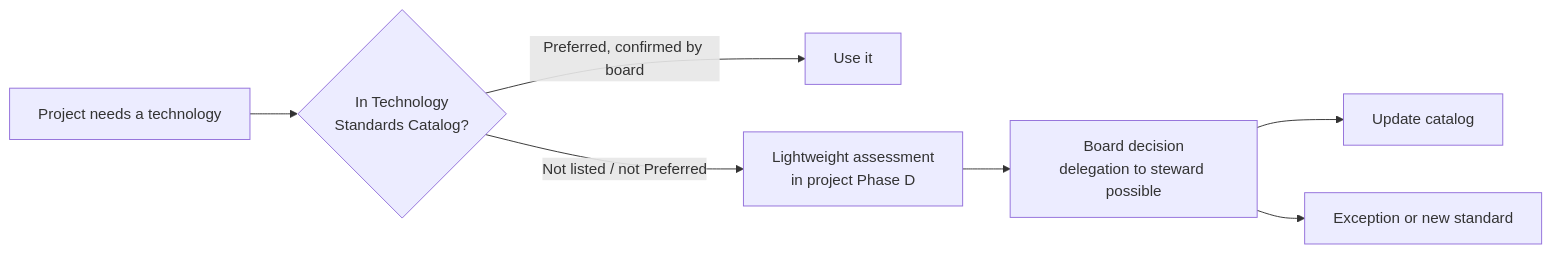
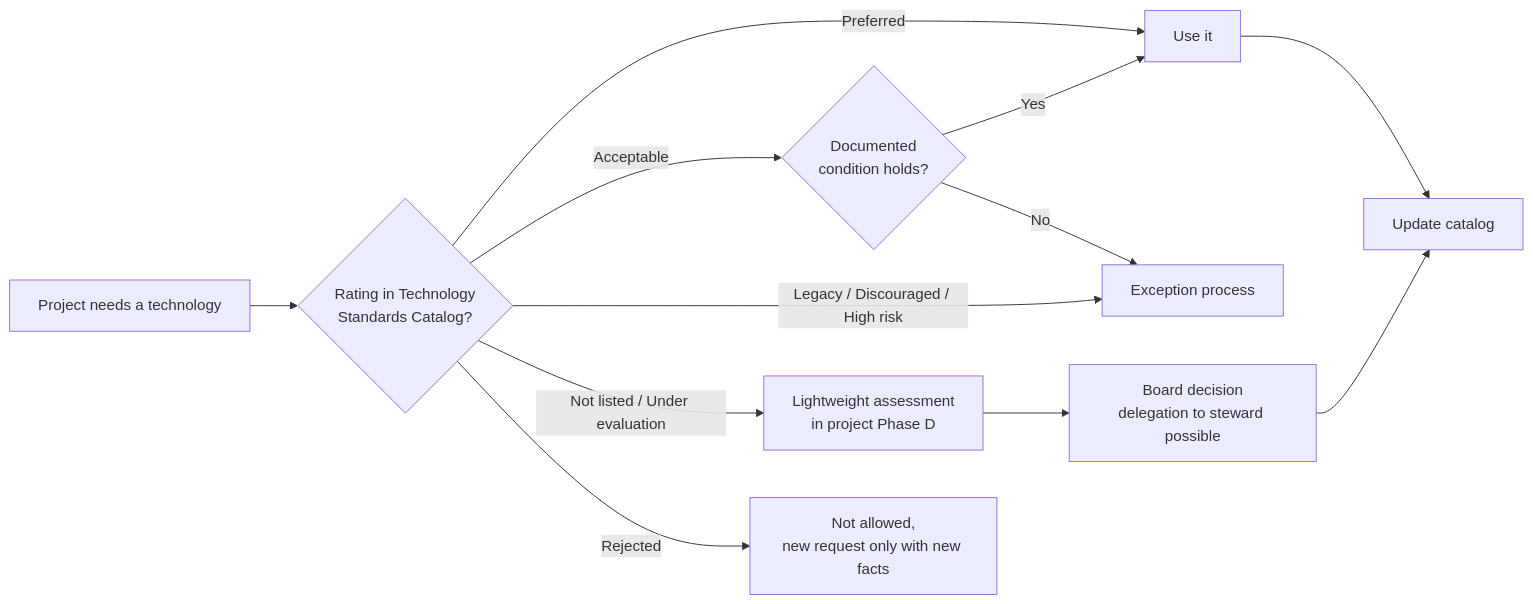
The fourth of 8 diagrams in docs/Architecture/technology-harmonization.md (Kikkirej/framework), drawn with Mermaid before and after one commit. The commit also changed other lines of this file, not shown here.

First line of the commit message:
📝 technology harmonization: review fixes for consistency and gaps

````diff
--- a/docs/Architecture/technology-harmonization.md
+++ b/docs/Architecture/technology-harmonization.md
@@ -288,9 +312,14 @@
 ```mermaid
 flowchart LR
-    A[Project needs a technology] --> B{In Technology<br/>Standards Catalog?}
-    B -->|Preferred, confirmed by board| C[Use it]
-    B -->|Not listed / not Preferred| D[Lightweight assessment<br/>in project Phase D]
+    A[Project needs a technology] --> B{Rating in Technology<br/>Standards Catalog?}
+    B -->|Preferred| C[Use it]
+    B -->|Acceptable| H{Documented<br/>condition holds?}
+    H -->|Yes| C
+    H -->|No| X
+    B -->|Legacy / Discouraged / High risk| X[Exception process]
+    B -->|Not listed / Under evaluation| D[Lightweight assessment<br/>in project Phase D]
+    B -->|Rejected| R[Not allowed,<br/>new request only with new facts]
     D --> E[Board decision<br/>delegation to steward possible]
     E --> F[Update catalog]
-    E --> G[Exception or new standard]
+    C --> F
 ```
````
